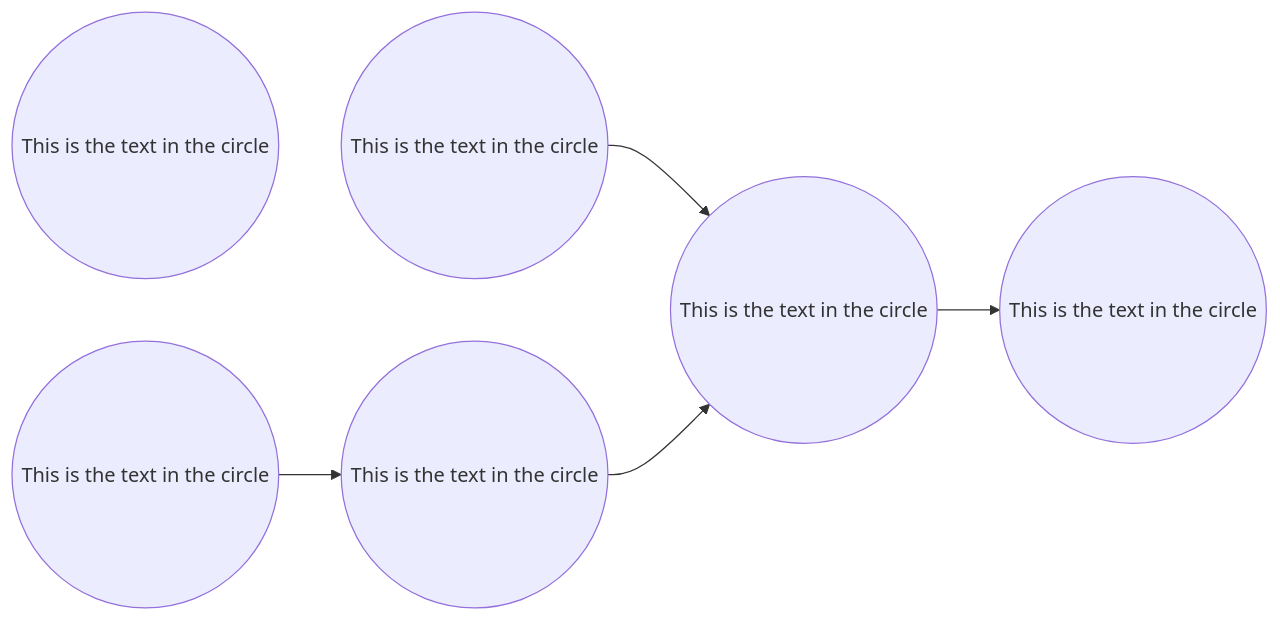
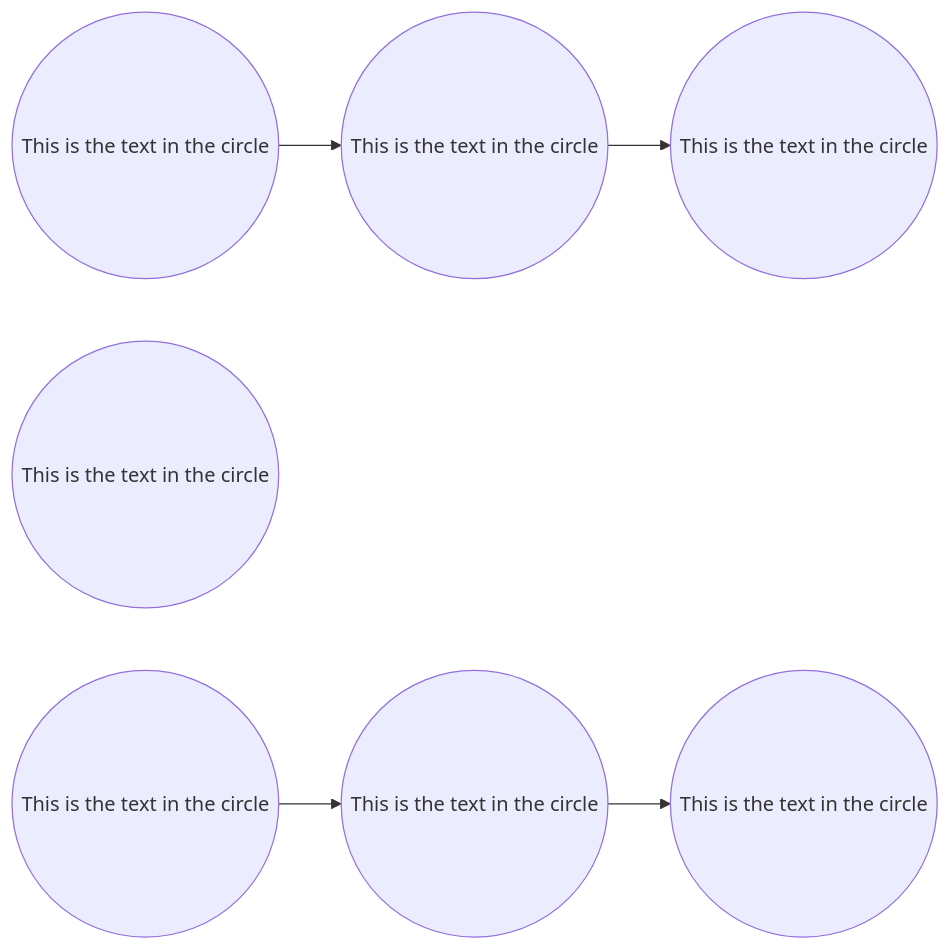
The second of 2 diagrams in slides.md (gerbssusd/dok), drawn with Mermaid before and after one commit.

````diff
--- a/slides.md
+++ b/slides.md
@@ -499,13 +499,13 @@
 ```mermaid {scale: .70}
 
 flowchart LR
     id1((This is the text in the circle)) -->
     id2((This is the text in the circle)) -->
     id3((This is the text in the circle))
     id4((This is the text in the circle))
     id5((This is the text in the circle)) -->
     id6((This is the text in the circle)) -->
-    id2((This is the text in the circle))
+    id((This is the text in the circle))
 
 
 ```
````
